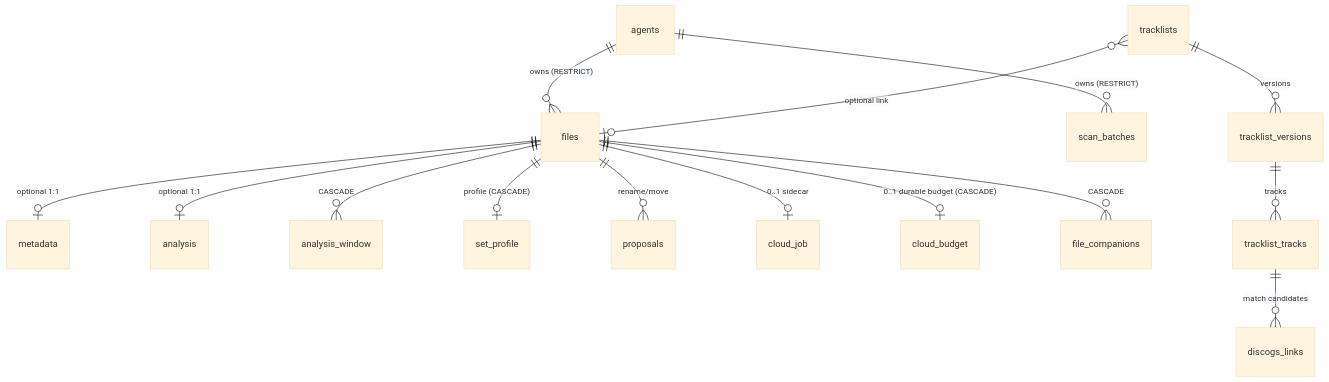
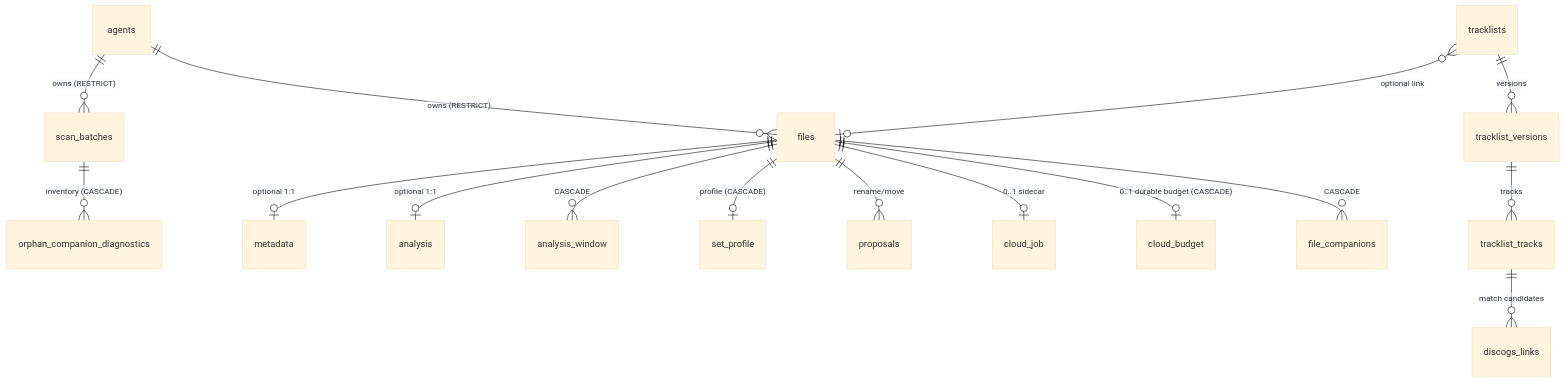
Before and after one commit to SimplicityGuy/phaze: the first of 2 diagrams in docs/database.md, drawn with Mermaid (base theme). The commit also changed other lines of this file and 14 other files, not shown here.

Commit message:
feat(scan): persist orphan companion diagnostics

````diff
--- a/docs/database.md
+++ b/docs/database.md
@@ -59,31 +61,33 @@
 ```mermaid
 erDiagram
     %% evidence: src/phaze/models/agent.py; src/phaze/models/file.py
     agents ||--o{ files : "owns (RESTRICT)"
     %% evidence: src/phaze/models/agent.py; src/phaze/models/scan_batch.py
     agents ||--o{ scan_batches : "owns (RESTRICT)"
+    %% evidence: src/phaze/models/scan_batch.py; src/phaze/models/orphan_companion_diagnostic.py
+    scan_batches ||--o{ orphan_companion_diagnostics : "inventory (CASCADE)"
     %% evidence: src/phaze/models/file.py; src/phaze/models/metadata.py
     files ||--o| metadata : "optional 1:1"
     %% evidence: src/phaze/models/file.py; src/phaze/models/analysis.py
     files ||--o| analysis : "optional 1:1"
     %% evidence: src/phaze/models/analysis.py
     files ||--o{ analysis_window : "CASCADE"
     %% evidence: src/phaze/models/file.py; src/phaze/models/set_profile.py
     files ||--o| set_profile : "profile (CASCADE)"
     %% evidence: src/phaze/models/file.py; src/phaze/models/proposal.py
     files ||--o{ proposals : "rename/move"
     %% evidence: src/phaze/models/cloud_job.py
     files ||--o| cloud_job : "0..1 sidecar"
     %% evidence: src/phaze/models/cloud_budget.py
     files ||--o| cloud_budget : "0..1 durable budget (CASCADE)"
     %% evidence: src/phaze/models/file_companion.py
     files ||--o{ file_companions : "CASCADE"
     %% evidence: src/phaze/models/tracklist.py
     tracklists ||--o{ tracklist_versions : "versions"
     %% evidence: src/phaze/models/tracklist.py
     tracklist_versions ||--o{ tracklist_tracks : "tracks"
     %% evidence: src/phaze/models/tracklist.py; src/phaze/models/discogs_link.py
     tracklist_tracks ||--o{ discogs_links : "match candidates"
     %% evidence: src/phaze/models/tracklist.py; src/phaze/models/file.py
     tracklists }o--o| files : "optional link"
 ```
````
